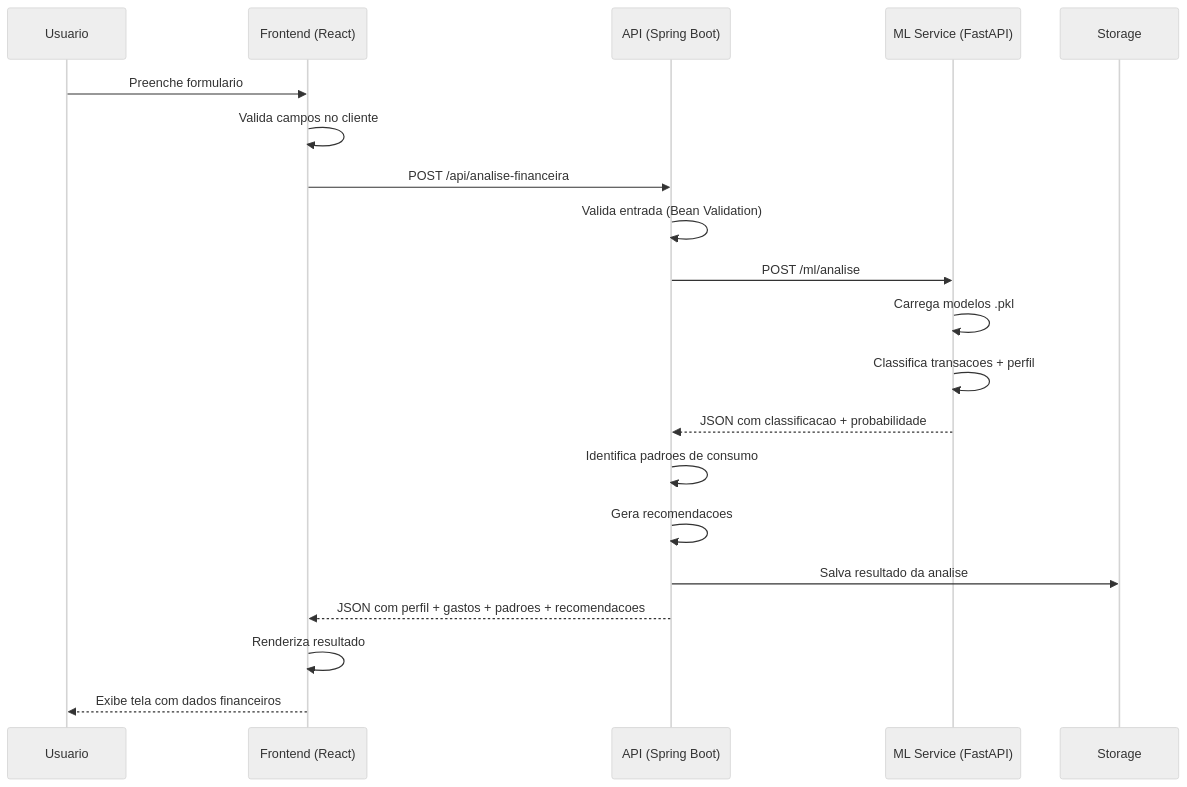
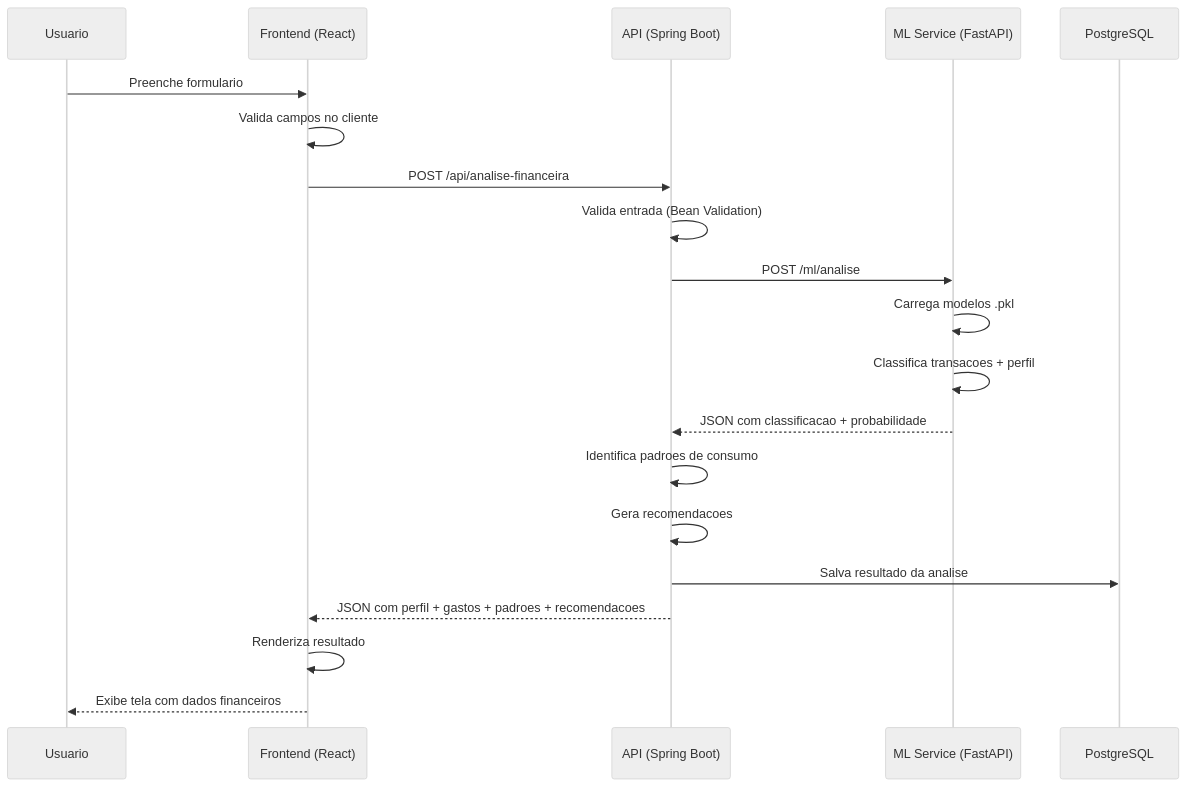
The first of 2 diagrams in docs/ARQUITETURA.md (No-Country-simulation/G9-BR-Team-17-financial-health), drawn with Mermaid (neutral theme) before and after one commit. The commit also changed other lines of this file, not shown here.

Commit message:
docs: substitui H2/AJD por PostgreSQL e OCI Compute na arquitetura

````diff
--- a/docs/ARQUITETURA.md
+++ b/docs/ARQUITETURA.md
@@ -31,23 +31,23 @@
 ```mermaid
 sequenceDiagram
     participant U as Usuario
     participant F as Frontend (React)
     participant B as API (Spring Boot)
     participant M as ML Service (FastAPI)
-    participant S as Storage
+    participant D as PostgreSQL
 
     U->>F: Preenche formulario
     F->>F: Valida campos no cliente
     F->>B: POST /api/analise-financeira
     B->>B: Valida entrada (Bean Validation)
     B->>M: POST /ml/analise
     M->>M: Carrega modelos .pkl
     M->>M: Classifica transacoes + perfil
     M-->>B: JSON com classificacao + probabilidade
     B->>B: Identifica padroes de consumo
     B->>B: Gera recomendacoes
-    B->>S: Salva resultado da analise
+    B->>D: Salva resultado da analise
     B-->>F: JSON com perfil + gastos + padroes + recomendacoes
     F->>F: Renderiza resultado
     F-->>U: Exibe tela com dados financeiros
 ```
````
